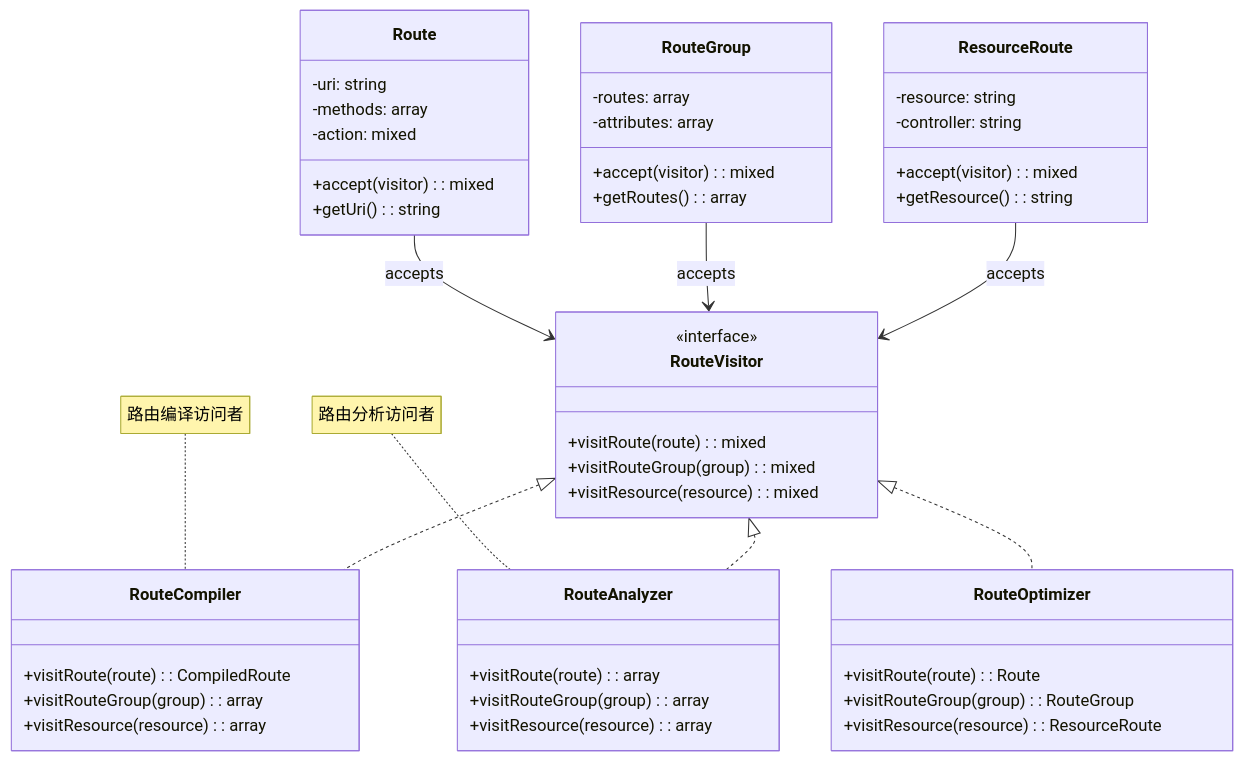
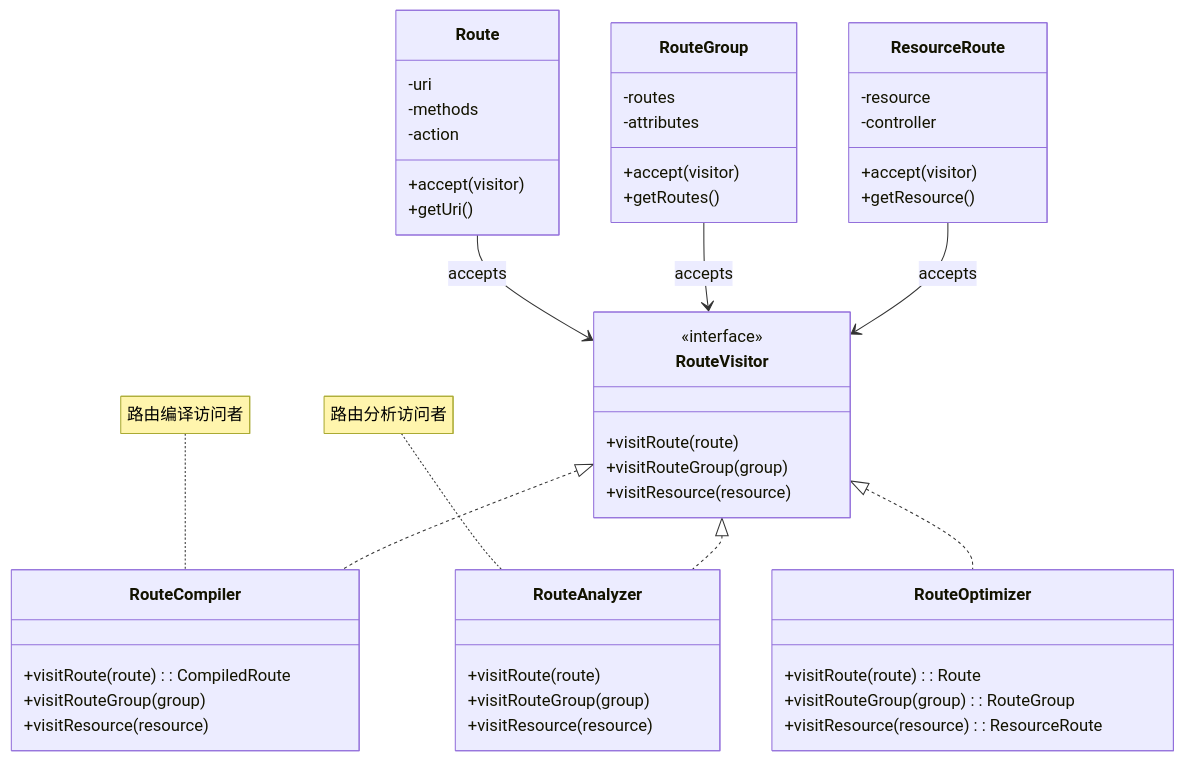
One commit to fanly/DesignPattern changed the second of 5 diagrams in resources/design-patterns/laravel/behavioral/visitor_zh.md. Above: the diagram before and after it, drawn with Mermaid. The commit also changed other lines of this file and 103 other files, not shown here.

````diff
--- a/resources/design-patterns/laravel/behavioral/visitor_zh.md
+++ b/resources/design-patterns/laravel/behavioral/visitor_zh.md
@@ -61,60 +61,60 @@
 ```mermaid
 classDiagram
     class RouteVisitor {
         <<interface>>
-        +visitRoute(route): mixed
-        +visitRouteGroup(group): mixed
-        +visitResource(resource): mixed
+        +visitRoute(route)
+        +visitRouteGroup(group)
+        +visitResource(resource)
     }
     
     class RouteCompiler {
         +visitRoute(route): CompiledRoute
-        +visitRouteGroup(group): array
-        +visitResource(resource): array
+        +visitRouteGroup(group)
+        +visitResource(resource)
     }
     
     class RouteAnalyzer {
-        +visitRoute(route): array
-        +visitRouteGroup(group): array
-        +visitResource(resource): array
+        +visitRoute(route)
+        +visitRouteGroup(group)
+        +visitResource(resource)
     }
     
     class RouteOptimizer {
         +visitRoute(route): Route
         +visitRouteGroup(group): RouteGroup
         +visitResource(resource): ResourceRoute
     }
     
     class Route {
-        -uri: string
-        -methods: array
-        -action: mixed
-        +accept(visitor): mixed
-        +getUri(): string
+        -uri
+        -methods
+        -action
+        +accept(visitor)
+        +getUri()
     }
     
     class RouteGroup {
-        -routes: array
-        -attributes: array
-        +accept(visitor): mixed
-        +getRoutes(): array
+        -routes
+        -attributes
+        +accept(visitor)
+        +getRoutes()
     }
     
     class ResourceRoute {
-        -resource: string
-        -controller: string
-        +accept(visitor): mixed
-        +getResource(): string
+        -resource
+        -controller
+        +accept(visitor)
+        +getResource()
     }
     
     RouteVisitor <|.. RouteCompiler
     RouteVisitor <|.. RouteAnalyzer
     RouteVisitor <|.. RouteOptimizer
     
     Route --> RouteVisitor : accepts
     RouteGroup --> RouteVisitor : accepts
     ResourceRoute --> RouteVisitor : accepts
     
     note for RouteCompiler "路由编译访问者"
     note for RouteAnalyzer "路由分析访问者"
 ```
````
